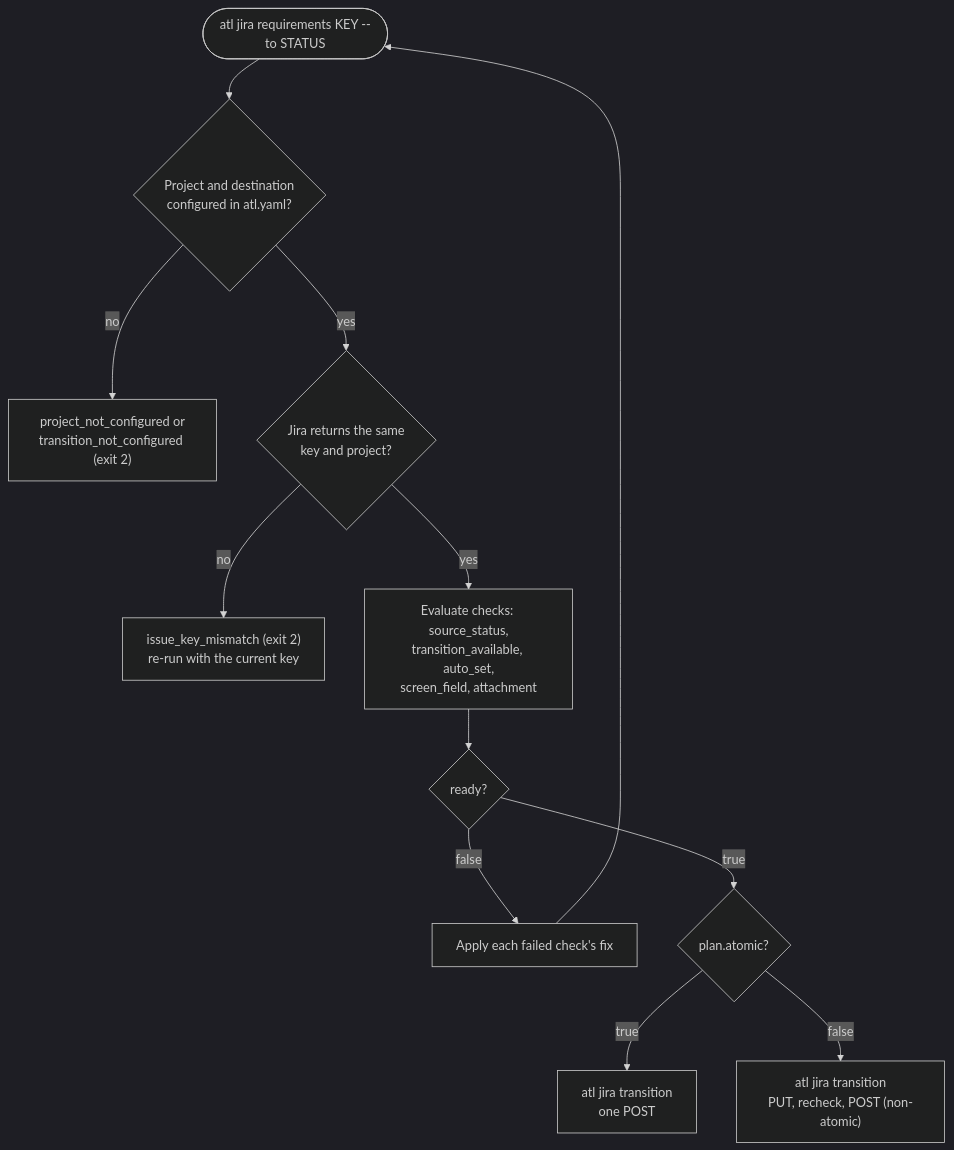
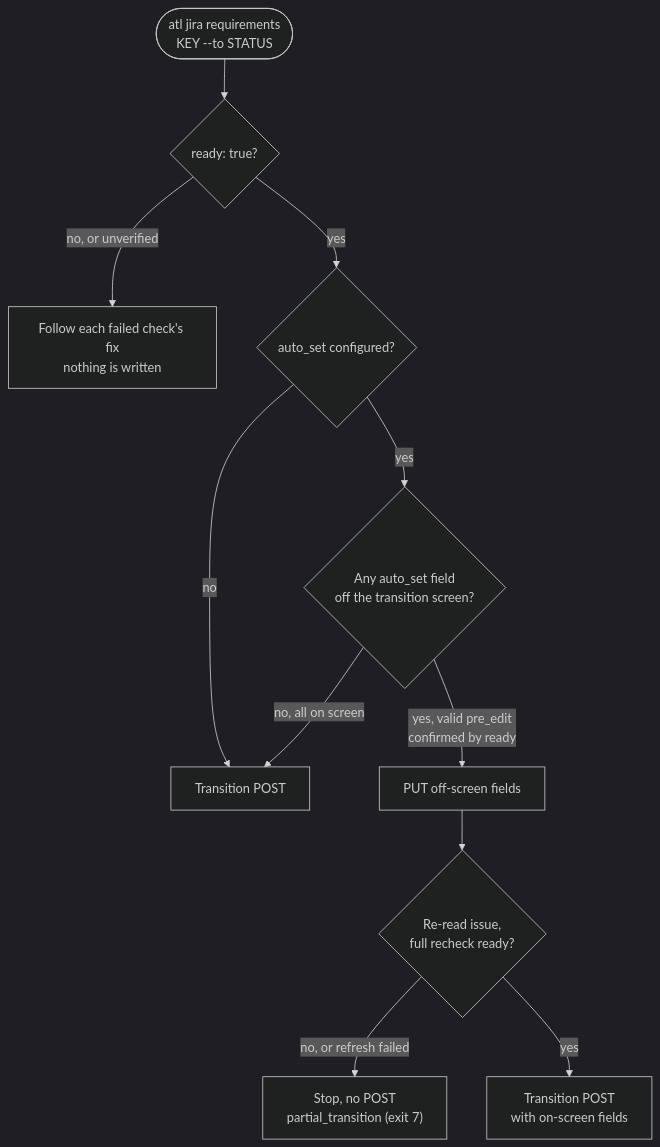
Before and after one commit to calvinware/atlass-cli: the second of 3 diagrams in docs/guides/jira-workflows.md, drawn with Mermaid (dark theme). The commit also changed other lines of this file and 2 other files, not shown here.

````diff
--- a/docs/guides/jira-workflows.md
+++ b/docs/guides/jira-workflows.md
@@ -111,14 +116,13 @@
 ```mermaid
 flowchart TD
-    Start(["atl jira requirements KEY --to STATUS"]) --> Configured{"Project and destination<br/>configured in atl.yaml?"}
-    Configured -->|no| ConfigErr["project_not_configured or<br/>transition_not_configured (exit 2)"]
-    Configured -->|yes| Same{"Jira returns the same<br/>key and project?"}
-    Same -->|no| Moved["issue_key_mismatch (exit 2)<br/>re-run with the current key"]
-    Same -->|yes| Evaluate["Evaluate checks: source_status,<br/>transition_available, auto_set,<br/>screen_field, attachment"]
-    Evaluate --> Ready{"ready?"}
-    Ready -->|false| Fix["Apply each failed check's fix"]
-    Fix --> Start
-    Ready -->|true| Atomic{"plan.atomic?"}
-    Atomic -->|true| Post["atl jira transition<br/>one POST"]
-    Atomic -->|false| PreEdit["atl jira transition<br/>PUT, recheck, POST (non-atomic)"]
+    Check(["atl jira requirements<br/>KEY --to STATUS"]) --> Ready{"ready: true?"}
+    Ready -->|"no, or unverified"| Stop["Follow each failed check's fix<br/>nothing is written"]
+    Ready -->|yes| AutoSet{"auto_set configured?"}
+    AutoSet -->|no| Post["Transition POST"]
+    AutoSet -->|yes| OffScreen{"Any auto_set field<br/>off the transition screen?"}
+    OffScreen -->|"no, all on screen"| Post
+    OffScreen -->|"yes, valid pre_edit<br/>confirmed by ready"| Put["PUT off-screen fields"]
+    Put --> Recheck{"Re-read issue,<br/>full recheck ready?"}
+    Recheck -->|"no, or refresh failed"| Skip["Stop, no POST<br/>partial_transition (exit 7)"]
+    Recheck -->|yes| PostOn["Transition POST<br/>with on-screen fields"]
 ```
````
